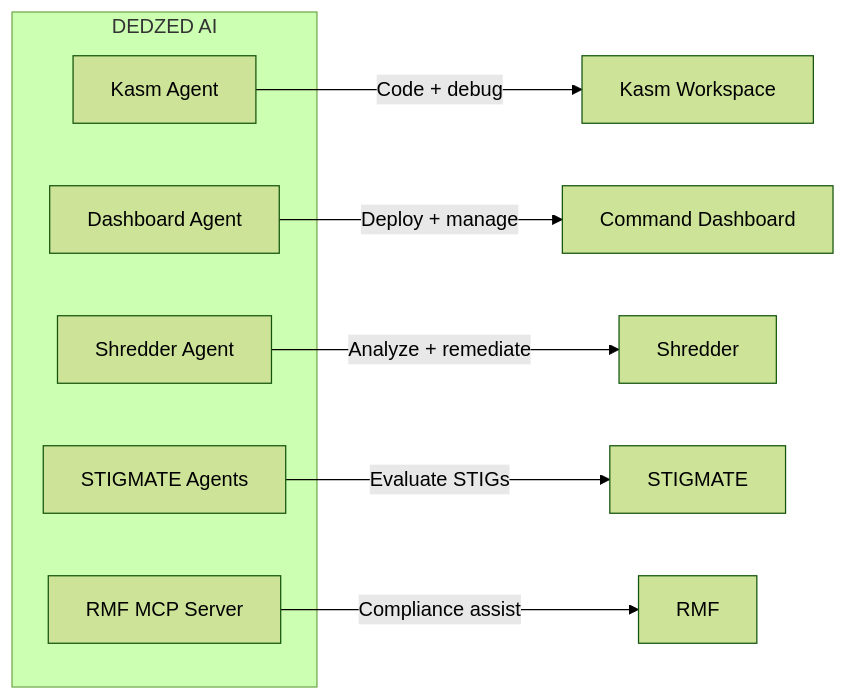
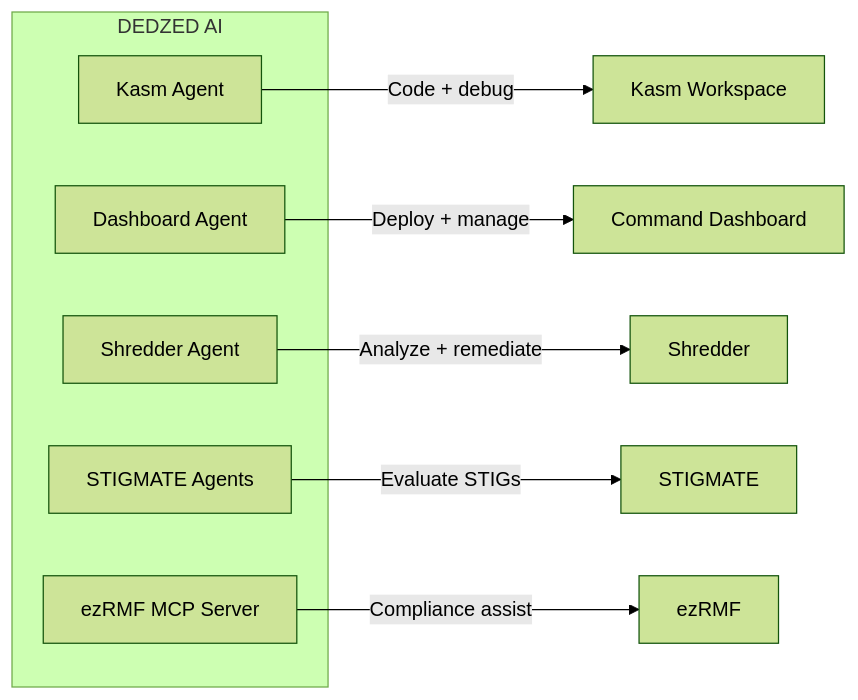
One commit to shebashio/docs changed the diagram in knowledge-base/dedzed-ai.mdx. Above: the diagram before and after it, drawn with Mermaid (forest theme). The commit also changed other lines of this file and 24 other files, not shown here.

First line of the commit message:
feat(docs): rebrand RMF to ezRMF with updated architecture and new pages

````diff
--- a/knowledge-base/dedzed-ai.mdx
+++ b/knowledge-base/dedzed-ai.mdx
@@ -11,16 +11,16 @@
 ```mermaid
 flowchart LR
     subgraph AI["DEDZED AI"]
         K["Kasm Agent"]
         D["Dashboard Agent"]
         S["Shredder Agent"]
         ST["STIGMATE Agents"]
-        R["RMF MCP Server"]
+        R["ezRMF MCP Server"]
     end
 
     K -->|"Code + debug"| KW["Kasm Workspace"]
     D -->|"Deploy + manage"| CMD["Command Dashboard"]
     S -->|"Analyze + remediate"| SH["Shredder"]
     ST -->|"Evaluate STIGs"| STIG["STIGMATE"]
-    R -->|"Compliance assist"| RMF["RMF"]
+    R -->|"Compliance assist"| RMF["ezRMF"]
 ```
````
